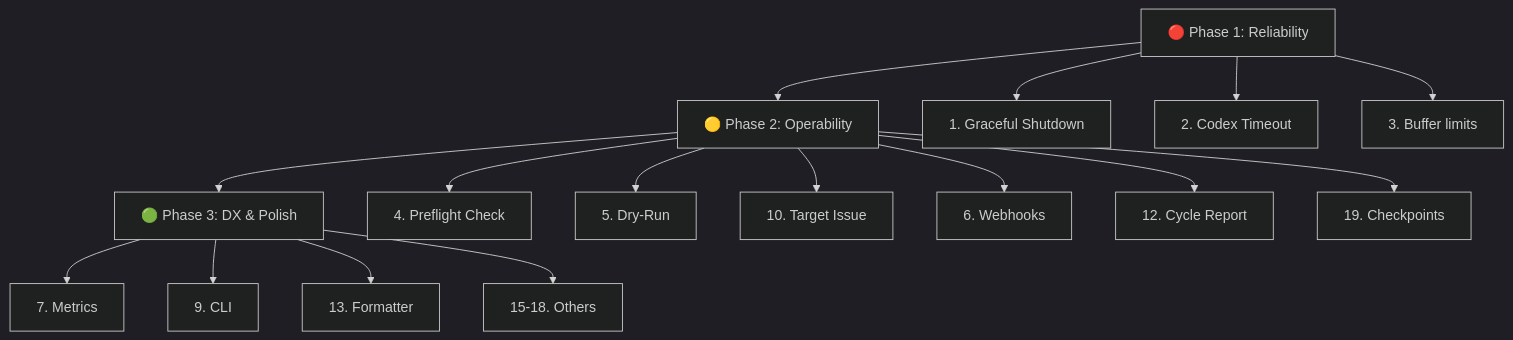
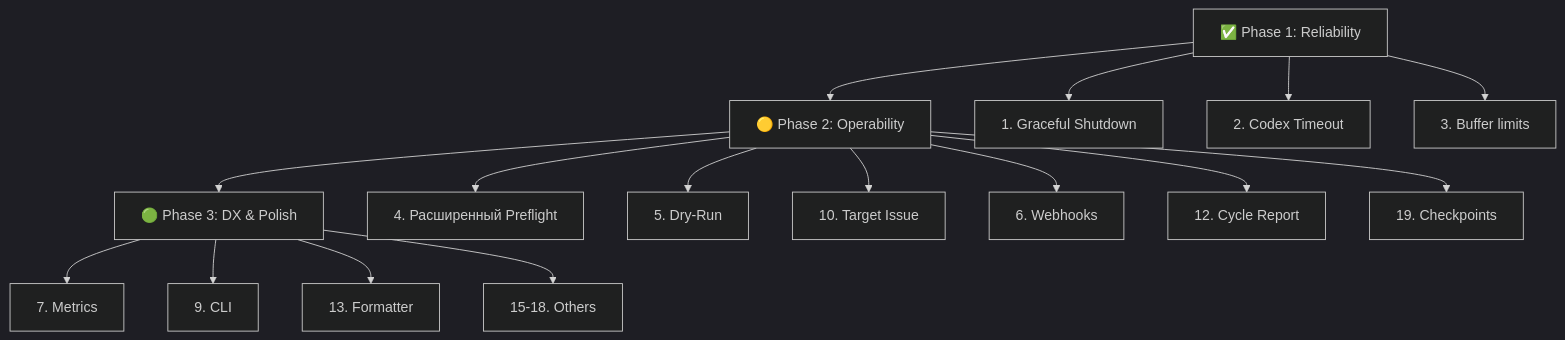
One commit to Absens/AI-Developer-Worker changed the diagram in project_analysis.md. Above: the diagram before and after it, drawn with Mermaid (dark theme). The commit also changed other lines of this file and 15 other files, not shown here.

````diff
--- a/project_analysis.md
+++ b/project_analysis.md
@@ -315,21 +331,21 @@
 ```mermaid
 graph TD
-    A["🔴 Phase 1: Reliability"] --> B["🟡 Phase 2: Operability"]
+    A["✅ Phase 1: Reliability"] --> B["🟡 Phase 2: Operability"]
     B --> C["🟢 Phase 3: DX & Polish"]
     
     A --> A1["1. Graceful Shutdown"]
     A --> A2["2. Codex Timeout"]
     A --> A3["3. Buffer limits"]
     
-    B --> B1["4. Preflight Check"]
+    B --> B1["4. Расширенный Preflight"]
     B --> B2["5. Dry-Run"]
     B --> B3["10. Target Issue"]
     B --> B4["6. Webhooks"]
     B --> B5["12. Cycle Report"]
     B --> B6["19. Checkpoints"]
     
     C --> C1["7. Metrics"]
     C --> C2["9. CLI"]
     C --> C3["13. Formatter"]
     C --> C4["15-18. Others"]
 ```
````
